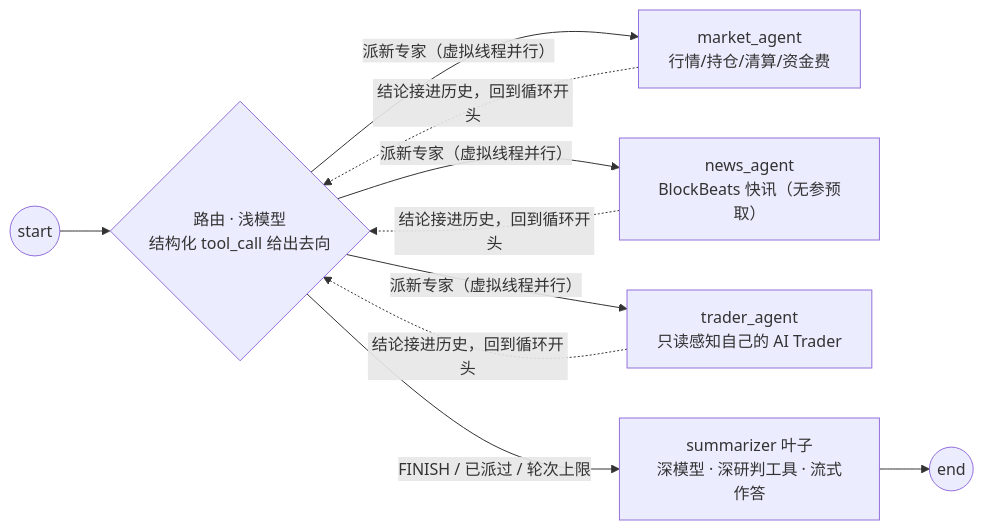
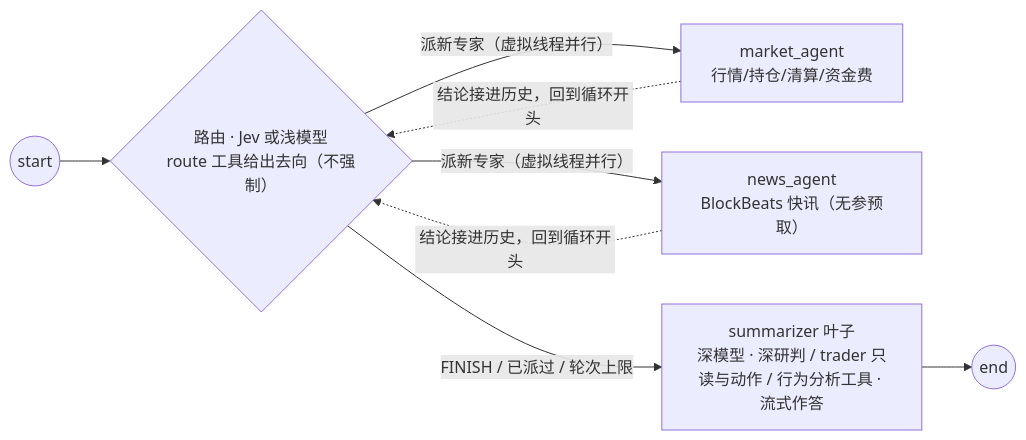
Before and after one commit to Smith-106/wtfibought: the fourth of 5 diagrams in docs/agent-harness/architecture.md, drawn with Mermaid. The commit also changed other lines of this file and 43 other files, not shown here.

First line of the commit message:
refactor: 去掉 tool_choice 强制，trader 专家下线、只读工具并入汇总者

````diff
--- a/docs/agent-harness/architecture.md
+++ b/docs/agent-harness/architecture.md
@@ -113,15 +113,14 @@
 ```mermaid
 flowchart LR
     S((start))
-    R{"路由 · 浅模型<br/>结构化 tool_call 给出去向"}
+    R{"路由 · Jev 或浅模型<br/>route 工具给出去向（不强制）"}
     M["market_agent<br/>行情/持仓/清算/资金费"]
     N["news_agent<br/>BlockBeats 快讯（无参预取）"]
-    T["trader_agent<br/>只读感知自己的 AI Trader"]
-    SUM["summarizer 叶子<br/>深模型 · 深研判工具 · 流式作答"]
+    SUM["summarizer 叶子<br/>深模型 · 深研判 / trader 只读与动作 / 行为分析工具 · 流式作答"]
     E((end))
     S --> R
-    R -->|"派新专家（虚拟线程并行）"| M & N & T
-    M & N & T -.->|"结论接进历史，回到循环开头"| R
+    R -->|"派新专家（虚拟线程并行）"| M & N
+    M & N -.->|"结论接进历史，回到循环开头"| R
     R -->|"FINISH / 已派过 / 轮次上限"| SUM
     SUM --> E
 ```
````
